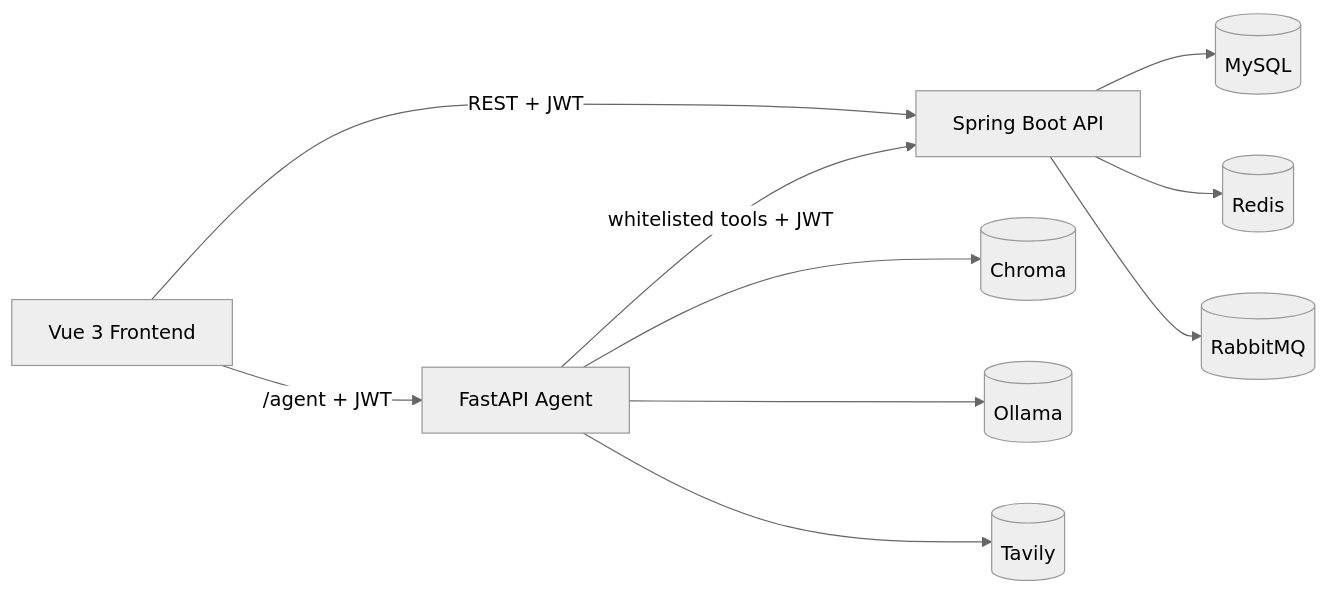
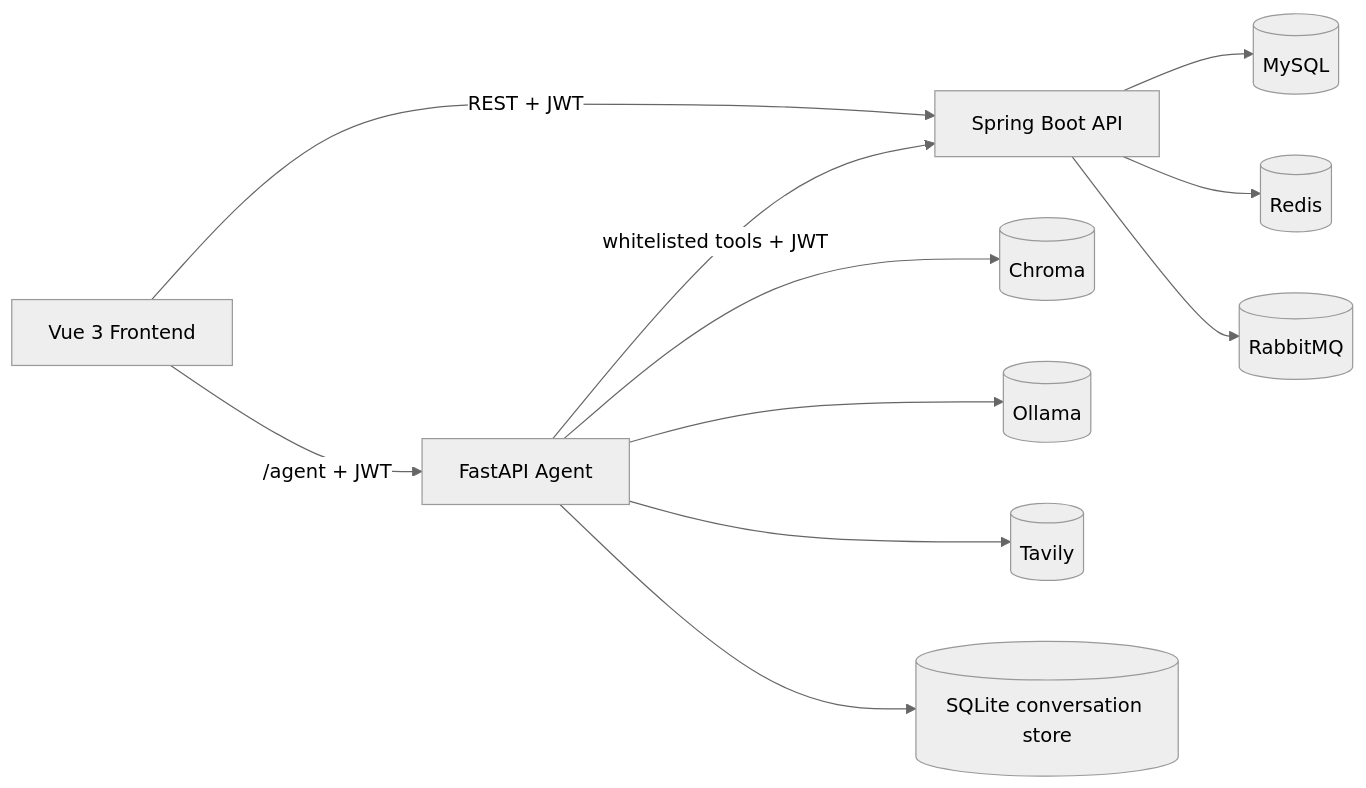
Before and after one commit to simon06817/E-Commerce-Platform: the first of 3 diagrams in docs/architecture.md, drawn with Mermaid (neutral theme). The commit also changed other lines of this file and 347 other files, not shown here.

Commit message:
feat: finalize platform architecture and docs

````diff
--- a/docs/architecture.md
+++ b/docs/architecture.md
@@ -5,12 +5,13 @@
 ```mermaid
 flowchart LR
     FE["Vue 3 Frontend"] -->|"REST + JWT"| JAVA["Spring Boot API"]
     FE -->|"/agent + JWT"| AGENT["FastAPI Agent"]
     AGENT -->|"whitelisted tools + JWT"| JAVA
     AGENT --> CHROMA[("Chroma")]
     AGENT --> OLLAMA[("Ollama")]
     AGENT --> TAVILY[("Tavily")]
+    AGENT --> SQLITE[("SQLite conversation store")]
     JAVA --> MYSQL[("MySQL")]
     JAVA --> REDIS[("Redis")]
     JAVA --> MQ[("RabbitMQ")]
 ```
````
